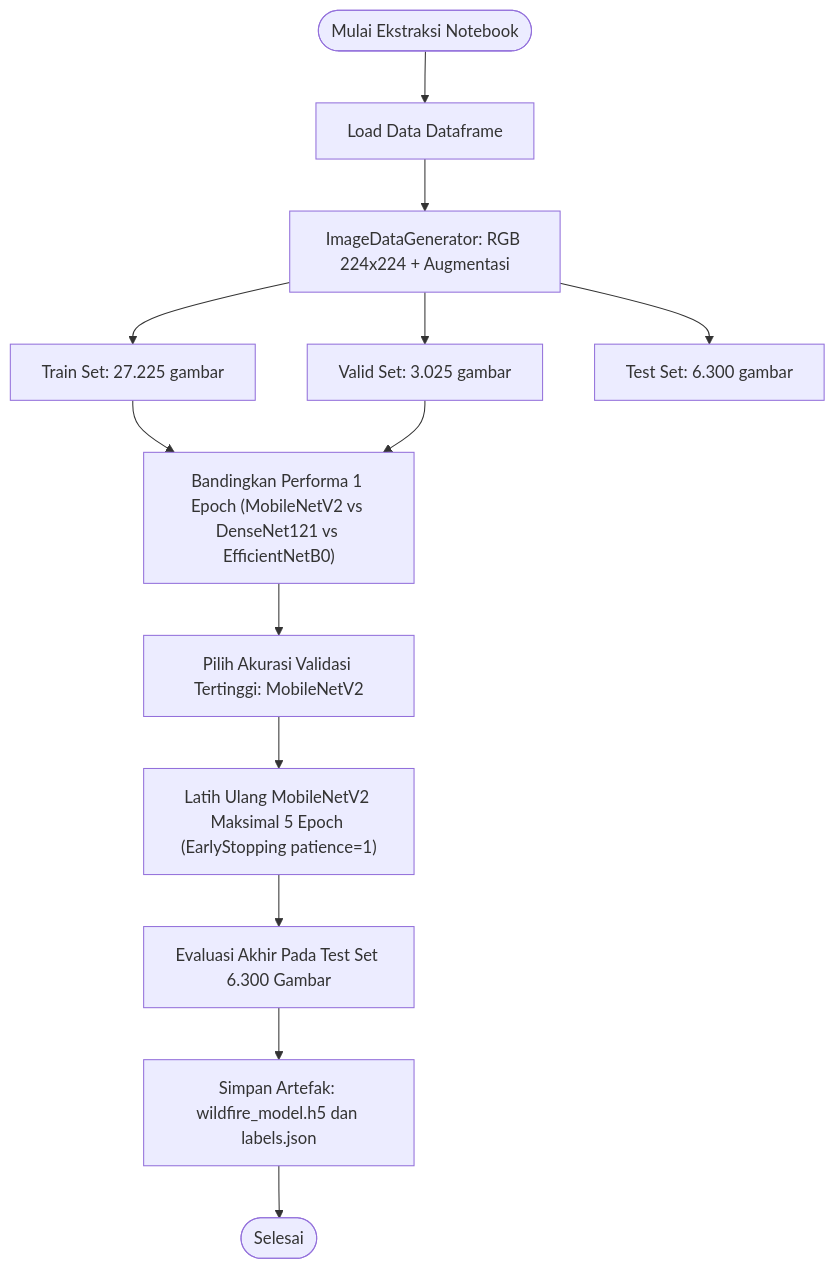
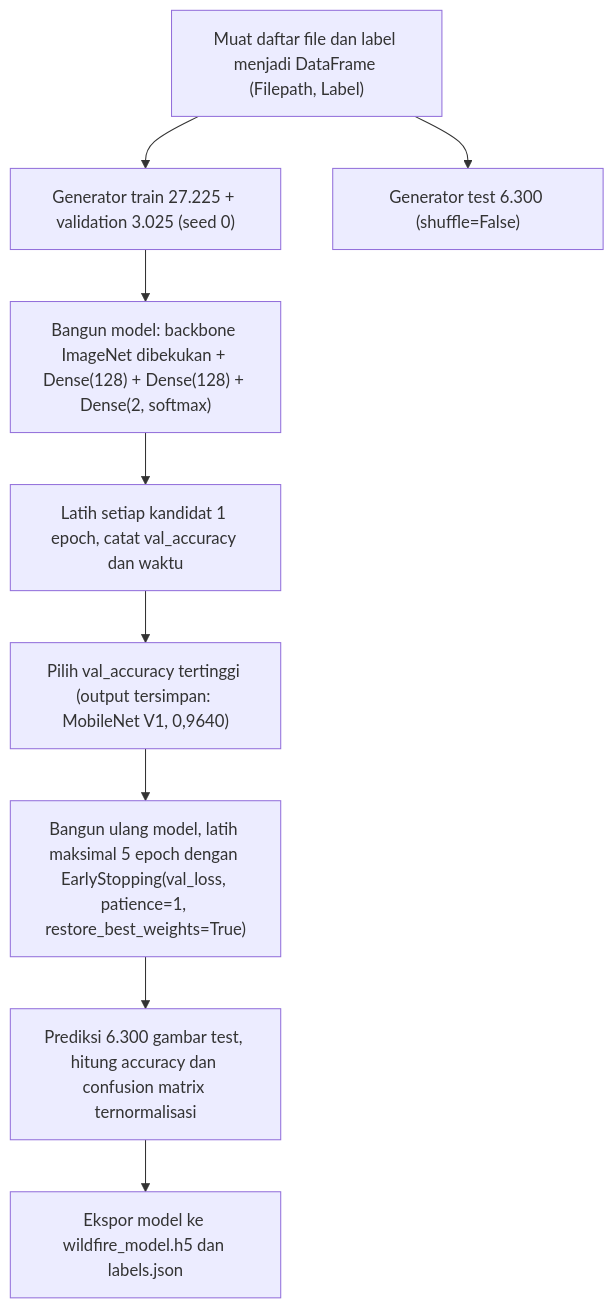
One commit to hissyam90/kalimantan-wildfire-hotspot-detection changed the third of 4 diagrams in docs/MODEL_TRAINING.md. Above: the diagram before and after it, drawn with Mermaid. The commit also changed other lines of this file and 3 other files, not shown here.

````diff
--- a/docs/MODEL_TRAINING.md
+++ b/docs/MODEL_TRAINING.md
@@ -104,18 +160,11 @@
 ```mermaid
-graph TD
-    Start([Mulai Ekstraksi Notebook]) --> LoadData["Load Data Dataframe"]
-    LoadData --> Gen["ImageDataGenerator: RGB 224x224 + Augmentasi"]
-    
-    Gen --> TrainA["Train Set: 27.225 gambar"]
-    Gen --> ValidA["Valid Set: 3.025 gambar"]
-    Gen --> TestA["Test Set: 6.300 gambar"]
-
-    TrainA --> Compare["Bandingkan Performa 1 Epoch (MobileNetV2 vs DenseNet121 vs EfficientNetB0)"]
-    ValidA --> Compare
-    Compare --> Select["Pilih Akurasi Validasi Tertinggi: MobileNetV2"]
-    
-    Select --> TrainFinal["Latih Ulang MobileNetV2 Maksimal 5 Epoch (EarlyStopping patience=1)"]
-    TrainFinal --> Eval["Evaluasi Akhir Pada Test Set 6.300 Gambar"]
-    Eval --> Save["Simpan Artefak: wildfire_model.h5 dan labels.json"]
-    Save --> End([Selesai])
+flowchart TD
+    A["Muat daftar file dan label menjadi DataFrame (Filepath, Label)"] --> B["Generator train 27.225 + validation 3.025 (seed 0)"]
+    A --> C["Generator test 6.300 (shuffle=False)"]
+    B --> D["Bangun model: backbone ImageNet dibekukan + Dense(128) + Dense(128) + Dense(2, softmax)"]
+    D --> E["Latih setiap kandidat 1 epoch, catat val_accuracy dan waktu"]
+    E --> F["Pilih val_accuracy tertinggi (output tersimpan: MobileNet V1, 0,9640)"]
+    F --> G["Bangun ulang model, latih maksimal 5 epoch dengan EarlyStopping(val_loss, patience=1, restore_best_weights=True)"]
+    G --> H["Prediksi 6.300 gambar test, hitung accuracy dan confusion matrix ternormalisasi"]
+    H --> I["Ekspor model ke wildfire_model.h5 dan labels.json"]
 ```
````
